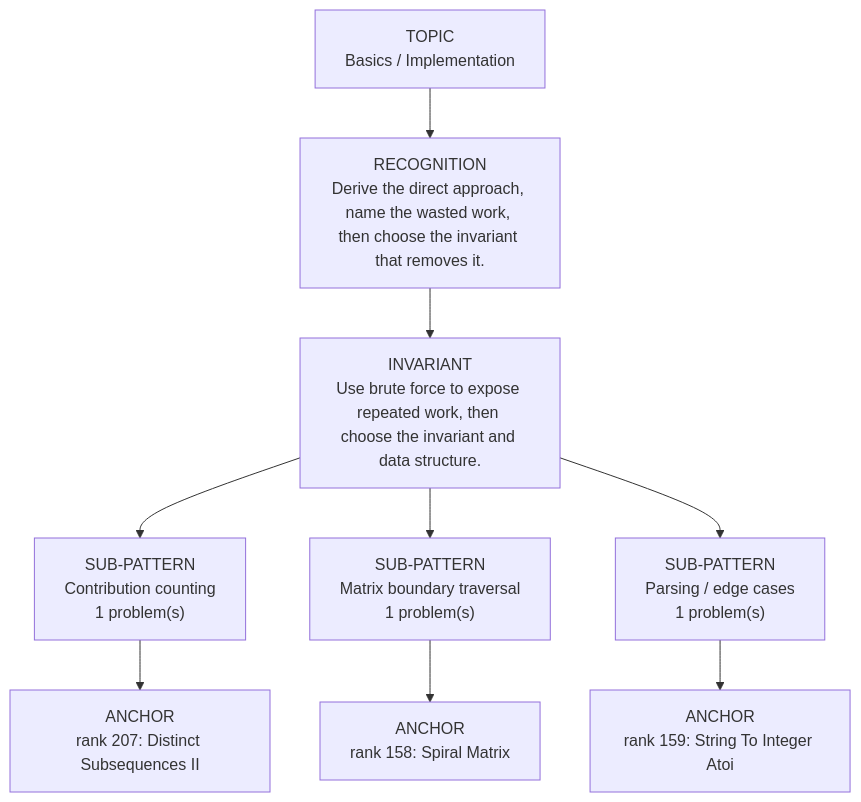
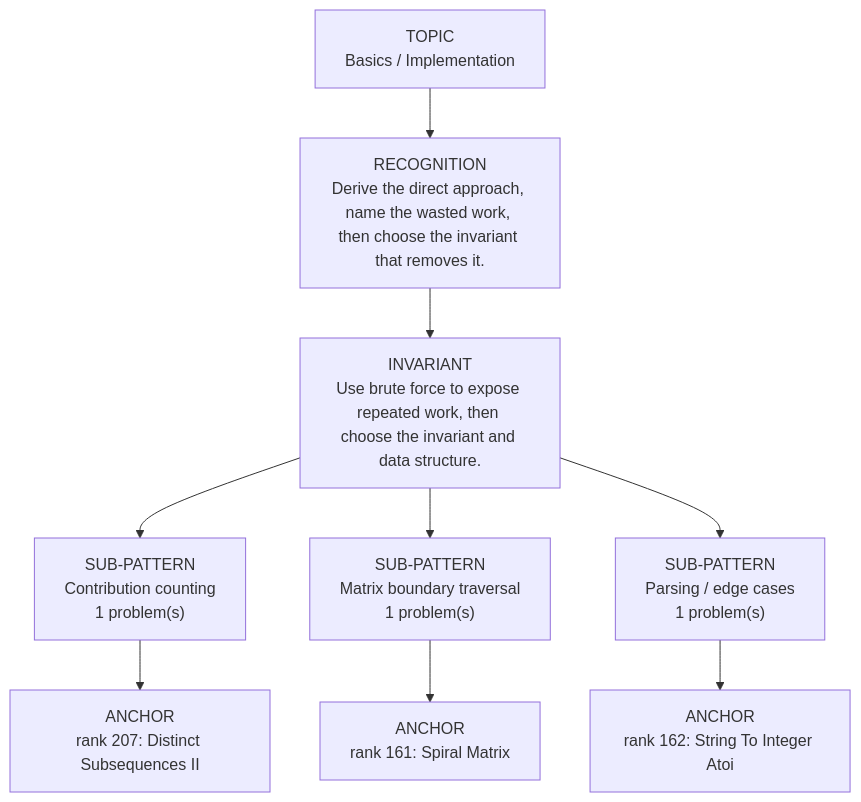
One commit to thechiranjeevjain/DSA10days changed the diagram in dsa-review/interview/patterns/20_core_basics.md. Above: the diagram before and after it, drawn with Mermaid. The commit also changed other lines of this file and 30 other files, not shown here.

````diff
--- a/dsa-review/interview/patterns/20_core_basics.md
+++ b/dsa-review/interview/patterns/20_core_basics.md
@@ -15,13 +15,13 @@
 ```mermaid
 flowchart TD
   Topic["TOPIC<br/>Basics / Implementation"]
   Recognition["RECOGNITION<br/>Derive the direct approach, name the wasted work, then choose the invariant that removes it."]
   Invariant["INVARIANT<br/>Use brute force to expose repeated work, then choose the invariant and data structure."]
   Topic --> Recognition --> Invariant
   Invariant --> Sub01["SUB-PATTERN<br/>Contribution counting<br/>1 problem(s)"]
   Sub01 --> Sub01A01["ANCHOR<br/>rank 207: Distinct Subsequences II"]
   Invariant --> Sub02["SUB-PATTERN<br/>Matrix boundary traversal<br/>1 problem(s)"]
-  Sub02 --> Sub02A01["ANCHOR<br/>rank 158: Spiral Matrix"]
+  Sub02 --> Sub02A01["ANCHOR<br/>rank 161: Spiral Matrix"]
   Invariant --> Sub03["SUB-PATTERN<br/>Parsing / edge cases<br/>1 problem(s)"]
-  Sub03 --> Sub03A01["ANCHOR<br/>rank 159: String To Integer Atoi"]
+  Sub03 --> Sub03A01["ANCHOR<br/>rank 162: String To Integer Atoi"]
 ```
````
